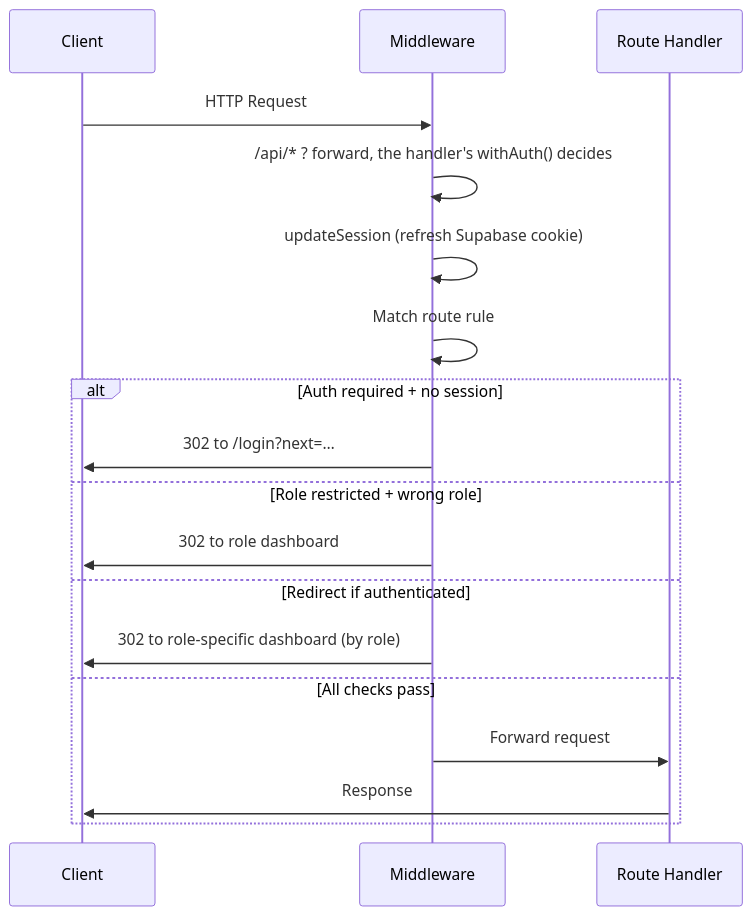
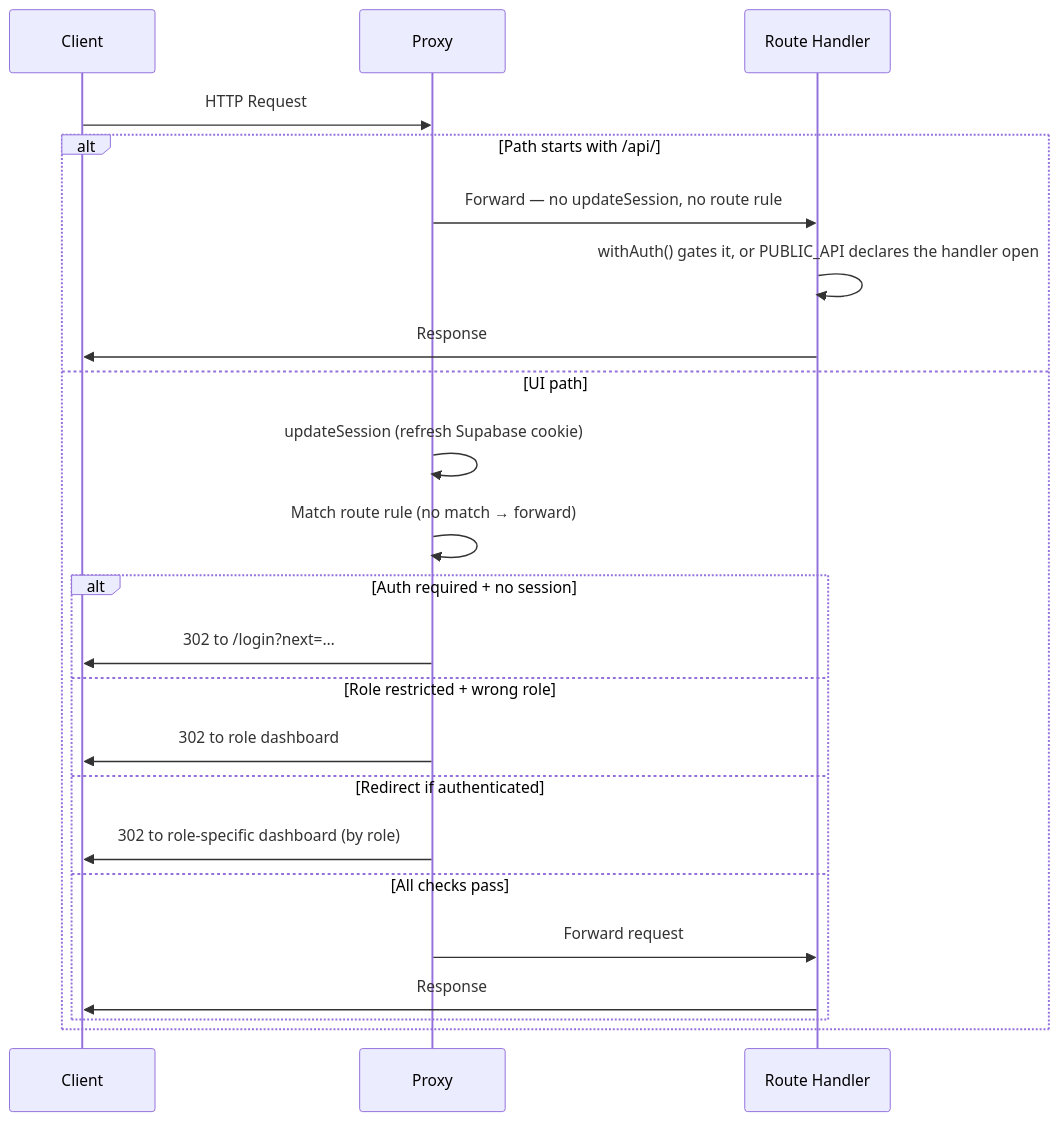
One commit to logyQT/studiq changed the third of 4 diagrams in docs/architecture.md. Above: the diagram before and after it, drawn with Mermaid. The commit also changed other lines of this file and 6 other files, not shown here.

First line of the commit message:
fix(api): enforce the API auth inventory per handler

````diff
--- a/docs/architecture.md
+++ b/docs/architecture.md
@@ -93,21 +93,26 @@
 ```mermaid
 sequenceDiagram
     participant C as Client
-    participant M as Middleware
+    participant M as Proxy
     participant R as Route Handler
 
     C->>M: HTTP Request
-    M->>M: /api/* ? forward, the handler's withAuth() decides
-    M->>M: updateSession (refresh Supabase cookie)
-    M->>M: Match route rule
-    alt Auth required + no session
-        M->>C: 302 to /login?next=…
-    else Role restricted + wrong role
-        M->>C: 302 to role dashboard
-    else Redirect if authenticated
-        M->>C: 302 to role-specific dashboard (by role)
-    else All checks pass
-        M->>R: Forward request
+    alt Path starts with /api/
+        M->>R: Forward — no updateSession, no route rule
+        R->>R: withAuth() gates it, or PUBLIC_API declares the handler open
         R->>C: Response
+    else UI path
+        M->>M: updateSession (refresh Supabase cookie)
+        M->>M: Match route rule (no match → forward)
+        alt Auth required + no session
+            M->>C: 302 to /login?next=…
+        else Role restricted + wrong role
+            M->>C: 302 to role dashboard
+        else Redirect if authenticated
+            M->>C: 302 to role-specific dashboard (by role)
+        else All checks pass
+            M->>R: Forward request
+            R->>C: Response
+        end
     end
 ```
````
